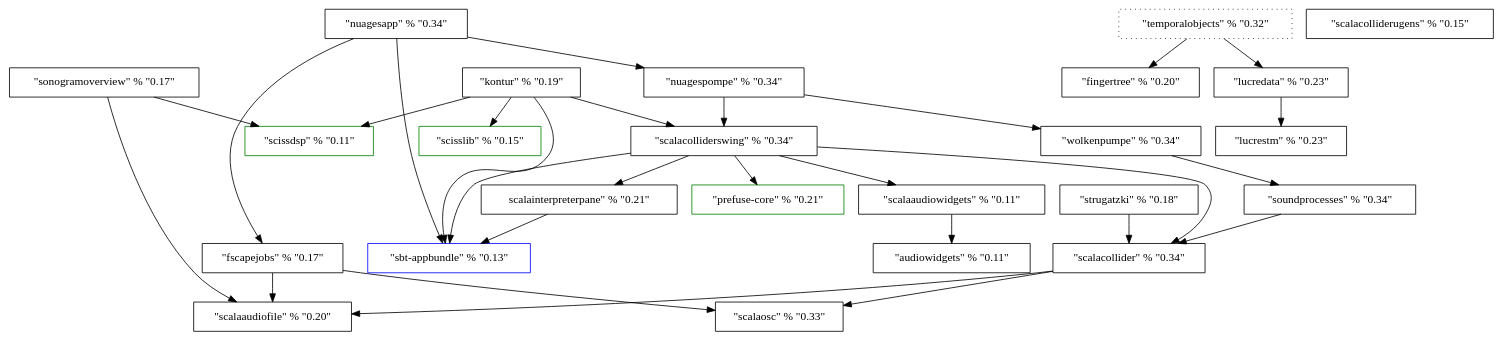
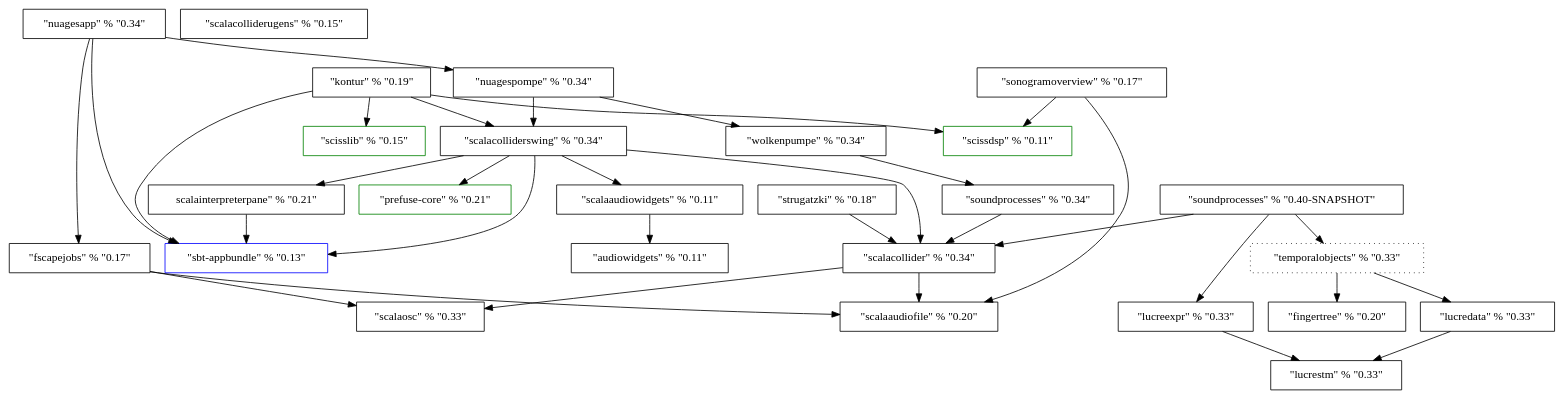
Before and after one commit to Sciss/HistoricalCode: the diagram in ProjectDependencies/dep.dot, drawn with Graphviz.

```diff
--- a/ProjectDependencies/dep.dot
+++ b/ProjectDependencies/dep.dot
@@ -1,55 +1,62 @@
 digraph G {
 	ScalaOSC [label="\"scalaosc\" % \"0.33\"", shape=box];
 	ScalaAudioFile [label="\"scalaaudiofile\" % \"0.20\"", shape=box];
 	FScapeJobs [label="\"fscapejobs\" % \"0.17\"", shape=box];
 	AudioWidgets [label="\"audiowidgets\" % \"0.11\"", shape=box];
 	ScalaAudioWidgets [label="\"scalaaudiowidgets\" % \"0.11\"", shape=box];
 	SbtAppbundle [label="\"sbt-appbundle\" % \"0.13\"", shape=Box, color=blue];
 	ScissDSP [label="\"scissdsp\" % \"0.11\"", shape=Box, color=green];
 	SonogramOverview [label="\"sonogramoverview\" % \"0.17\"", shape=Box];
 	ScalaCollider [label="\"scalacollider\" % \"0.34\"", shape=Box];
 	Strugatzki [label="\"strugatzki\" % \"0.18\"", shape=Box];
 	ScalaInterpreterPane [label="\scalainterpreterpane\" % \"0.21\"", shape=Box];
 	PrefuseCore [label="\"prefuse-core\" % \"0.21\"", shape=Box, color=green];
 	ScalaColliderSwing [label="\"scalacolliderswing\" % \"0.34\"", shape=Box];
 	SoundProcesses [label="\"soundprocesses\" % \"0.34\"", shape=Box];
 	Wolkenpumpe [label="\"wolkenpumpe\" % \"0.34\"", shape=Box];
 	NuagesPompe [label="\"nuagespompe\" % \"0.34\"", shape=Box];
 	NuagesApp [label="\"nuagesapp\" % \"0.34\"", shape=Box];
 	ScissLib [label="\"scisslib\" % \"0.15\"", shape=Box, color=green];
 	Kontur [label="\"kontur\" % \"0.19\"", shape=Box];
 	FingerTree [label="\"fingertree\" % \"0.20\"", shape=Box];
 	ScalaColliderUGens [label="\"scalacolliderugens\" % \"0.15\"", shape=Box];
-	LucreSTM [label="\"lucrestm\" % \"0.23\"", shape=Box];
-	LucreData [label="\"lucredata\" % \"0.23\"", shape=Box];
-	TemporalObjects [label="\"temporalobjects\" % \"0.32\"", shape=Box, style=dotted];
+	LucreSTM [label="\"lucrestm\" % \"0.33\"", shape=Box];
+	LucreExpr [label="\"lucreexpr\" % \"0.33\"", shape=Box];
+	LucreData [label="\"lucredata\" % \"0.33\"", shape=Box];
+	TemporalObjects [label="\"temporalobjects\" % \"0.33\"", shape=Box, style=dotted];
+	SoundProcesses3 [label="\"soundprocesses\" % \"0.40-SNAPSHOT\"", shape=Box];
+
 	
 	FScapeJobs -> ScalaOSC;
 	FScapeJobs -> ScalaAudioFile;
 	ScalaAudioWidgets -> AudioWidgets;
 	SonogramOverview -> ScalaAudioFile;
 	SonogramOverview -> ScissDSP;
 	ScalaCollider -> ScalaOSC;
 	ScalaCollider -> ScalaAudioFile;
 	Strugatzki -> ScalaCollider;
 	ScalaInterpreterPane -> SbtAppbundle;
 	ScalaColliderSwing -> SbtAppbundle;
 	ScalaColliderSwing -> ScalaCollider;
 	ScalaColliderSwing -> ScalaInterpreterPane;
 	ScalaColliderSwing -> PrefuseCore;
 	ScalaColliderSwing -> ScalaAudioWidgets;
 	SoundProcesses -> ScalaCollider;
 	Wolkenpumpe -> SoundProcesses;
 	NuagesPompe -> Wolkenpumpe;
 	NuagesPompe -> ScalaColliderSwing;
 	NuagesApp -> SbtAppbundle;
 	NuagesApp -> NuagesPompe;
 	NuagesApp -> FScapeJobs;
 	Kontur -> SbtAppbundle;
 	Kontur -> ScalaColliderSwing;
 	Kontur -> ScissDSP;
 	Kontur -> ScissLib;
+   LucreExpr -> LucreSTM;
 	LucreData -> LucreSTM;
 	TemporalObjects -> FingerTree;
 	TemporalObjects -> LucreData;
+	SoundProcesses3 -> ScalaCollider;
+	SoundProcesses3 -> TemporalObjects;
+	SoundProcesses3 -> LucreExpr;
 }
```
